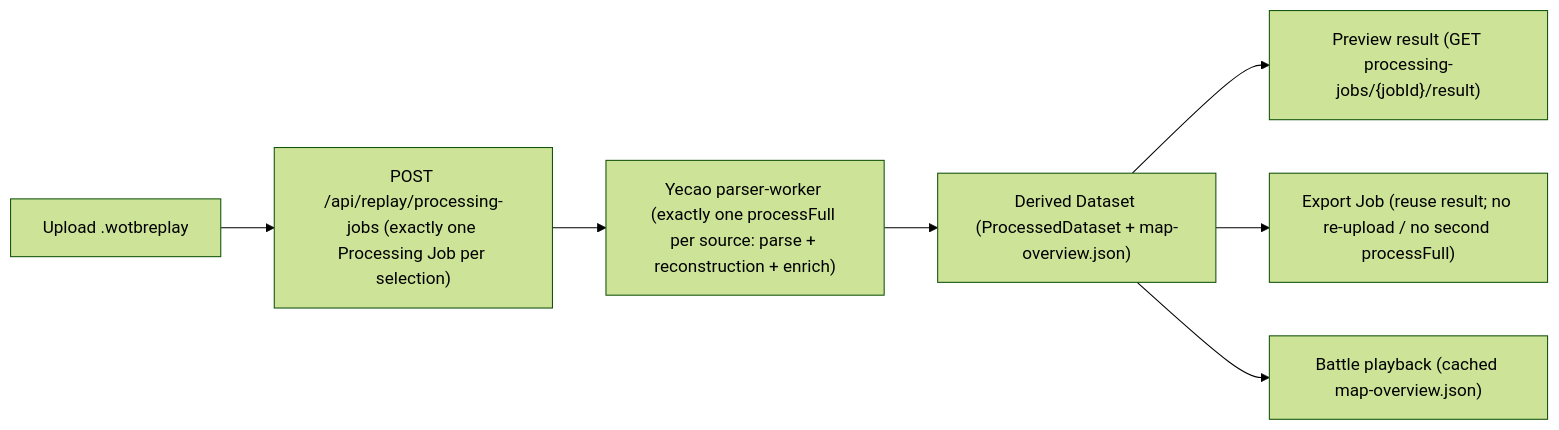
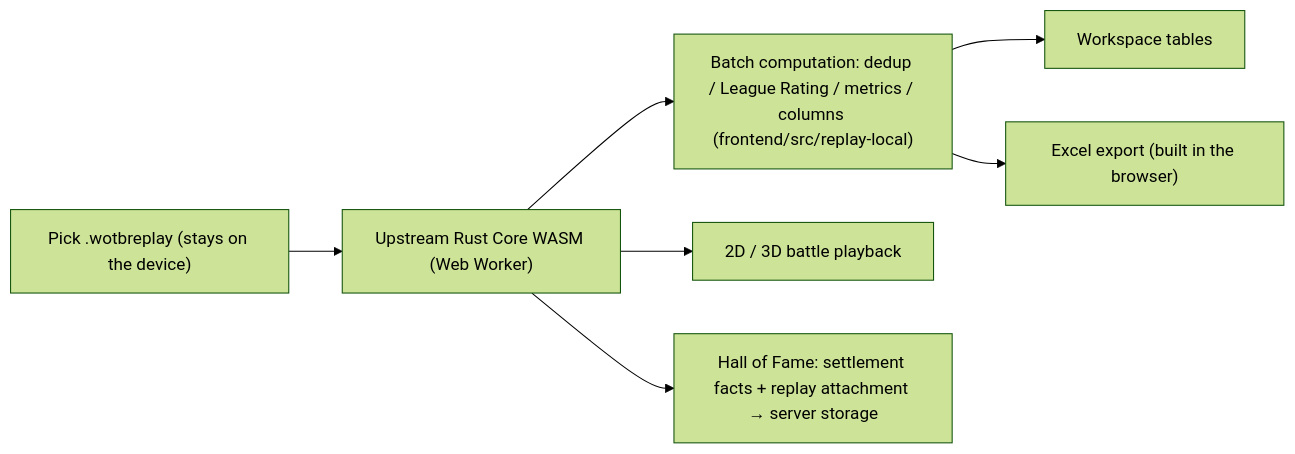
The diagram in README.en-US.md (A158Coke/WotbTools), drawn with Mermaid (forest theme) before and after one commit. The commit also changed other lines of this file and 24 other files, not shown here.

````diff
--- a/README.en-US.md
+++ b/README.en-US.md
@@ -17,9 +17,9 @@
 ```mermaid
 flowchart LR
-    A["Upload .wotbreplay"] --> B["POST /api/replay/processing-jobs (exactly one Processing Job per selection)"]
-    B --> C["Yecao parser-worker (exactly one processFull per source: parse + reconstruction + enrich)"]
-    C --> D["Derived Dataset (ProcessedDataset + map-overview.json)"]
-    D --> E["Preview result (GET processing-jobs/{jobId}/result)"]
-    D --> F["Export Job (reuse result; no re-upload / no second processFull)"]
-    D --> H["Battle playback (cached map-overview.json)"]
+    A["Pick .wotbreplay (stays on the device)"] --> B["Upstream Rust Core WASM (Web Worker)"]
+    B --> C["Batch computation: dedup / League Rating / metrics / columns (frontend/src/replay-local)"]
+    C --> E["Workspace tables"]
+    C --> F["Excel export (built in the browser)"]
+    B --> H["2D / 3D battle playback"]
+    B --> I["Hall of Fame: settlement facts + replay attachment → server storage"]
 ```
````
